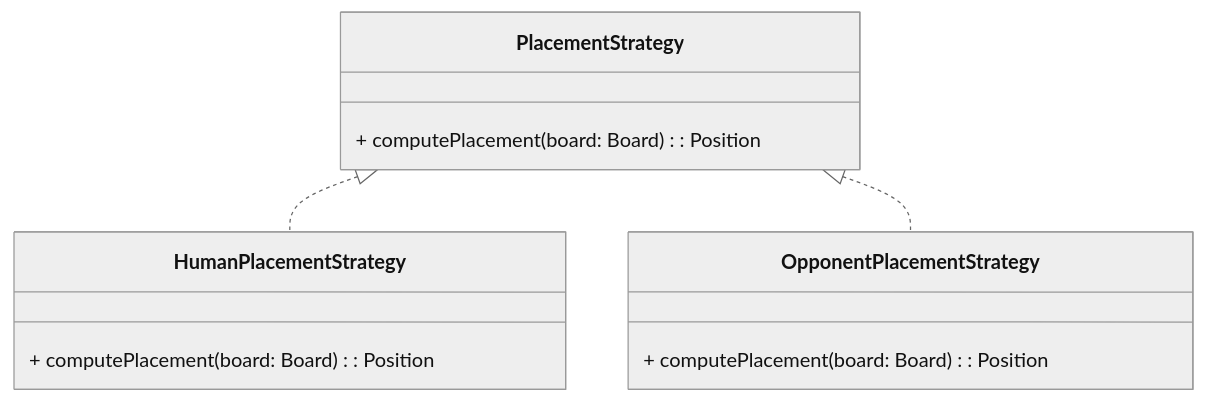
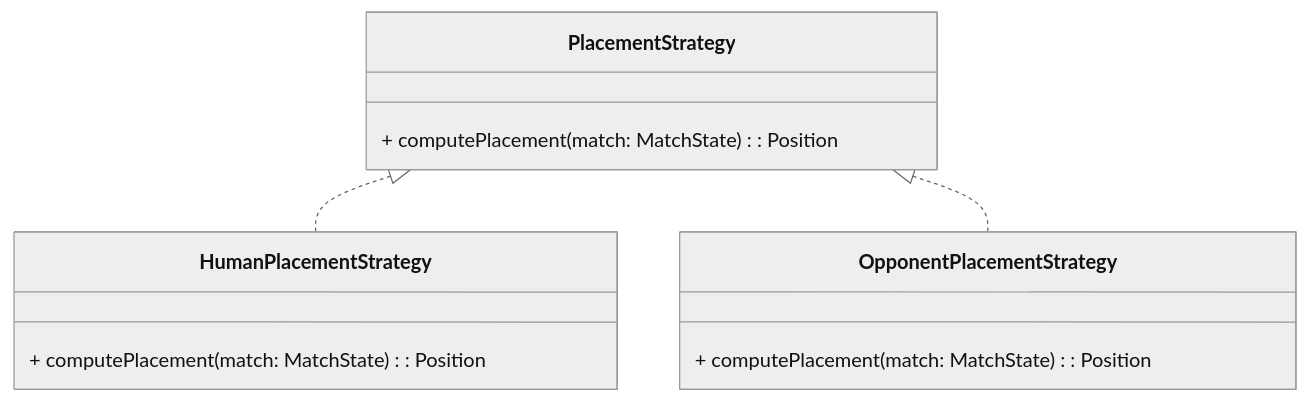
Before and after one commit to Borgotto/PPS-25-scalatello: the fifth of 8 diagrams in docs/report/5-detailed-design.md, drawn with Mermaid (neutral theme). The commit also changed other lines of this file and 1 other file, not shown here.

Commit message:
Update PlacementStrategy docs

````diff
--- a/docs/report/5-detailed-design.md
+++ b/docs/report/5-detailed-design.md
@@ -146,15 +145,15 @@
 ```mermaid
 classDiagram
     class PlacementStrategy {
-        + computePlacement(board: Board): Position
+        + computePlacement(match: MatchState): Position
     }
     class HumanPlacementStrategy {
-        + computePlacement(board: Board): Position
+        + computePlacement(match: MatchState): Position
     }
     class OpponentPlacementStrategy {
-        + computePlacement(board: Board): Position
+        + computePlacement(match: MatchState): Position
     }
 
     PlacementStrategy <|.. HumanPlacementStrategy
     PlacementStrategy <|.. OpponentPlacementStrategy
 ```
````
